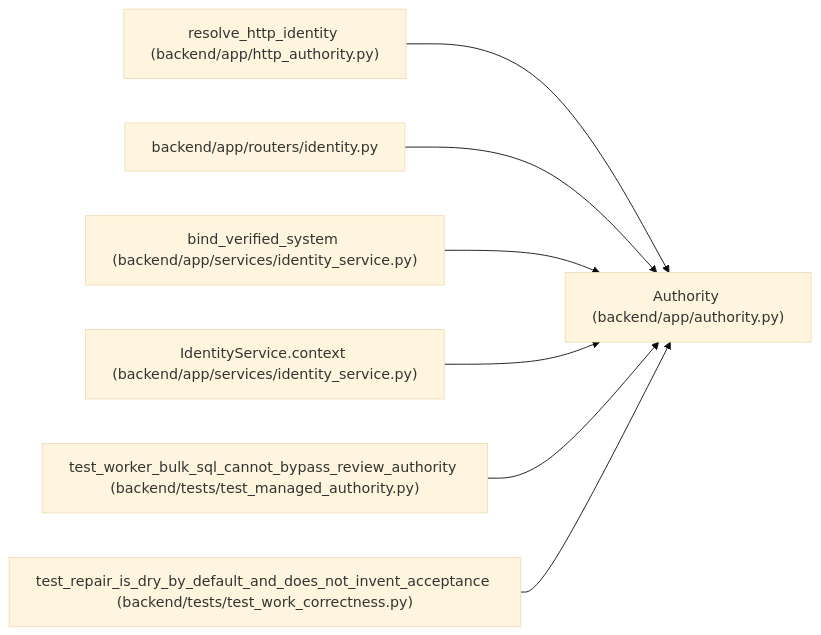
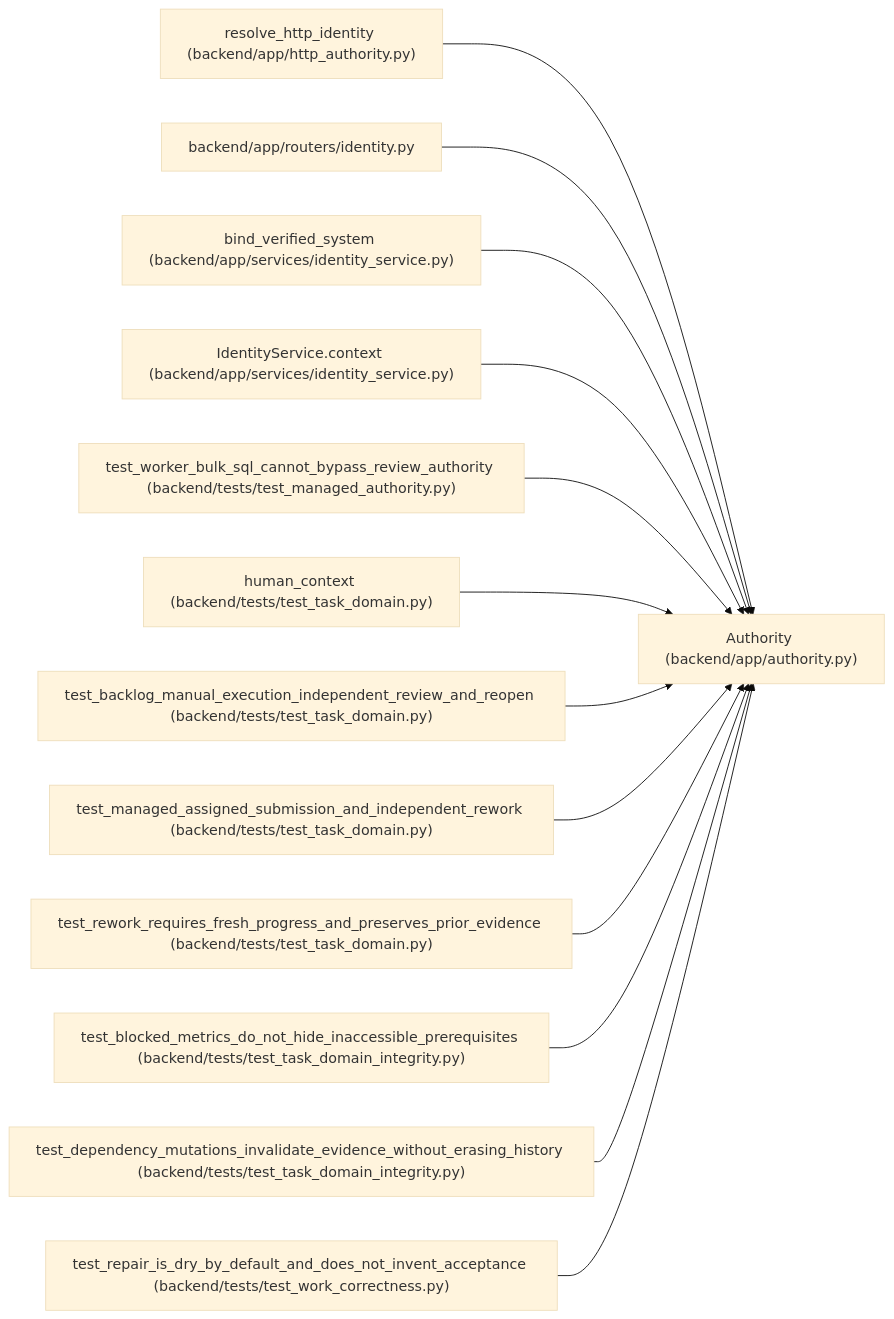
Before and after one commit to Denissvgn/WorkChord: the diagram in docs/llm_wiki/entities/Authority.md, drawn with Mermaid (base theme). The commit also changed other lines of this file and 1238 other files, not shown here.

First line of the commit message:
docs(wiki): publish compact canonical domain architecture

````diff
--- a/docs/llm_wiki/entities/Authority.md
+++ b/docs/llm_wiki/entities/Authority.md
@@ -45,23 +45,41 @@
 ```mermaid
 flowchart LR
     n0["Authority (backend/app/authority.py)"]
     n1["resolve_http_identity (backend/app/http_authority.py)"]
     n2["backend/app/routers/identity.py"]
     n3["bind_verified_system (backend/app/services/identity_service.py)"]
     n4["IdentityService.context (backend/app/services/identity_service.py)"]
     n5["test_worker_bulk_sql_cannot_bypass_review_authority (backend/tests/test_managed_authority.py)"]
-    n6["test_repair_is_dry_by_default_and_does_not_invent_acceptance (backend/tests/test_work_correctness.py)"]
+    n6["human_context (backend/tests/test_task_domain.py)"]
+    n7["test_backlog_manual_execution_independent_review_and_reopen (backend/tests/test_task_domain.py)"]
+    n8["test_managed_assigned_submission_and_independent_rework (backend/tests/test_task_domain.py)"]
+    n9["test_rework_requires_fresh_progress_and_preserves_prior_evidence (backend/tests/test_task_domain.py)"]
+    n10["test_blocked_metrics_do_not_hide_inaccessible_prerequisites (backend/tests/test_task_domain_integrity.py)"]
+    n11["test_dependency_mutations_invalidate_evidence_without_erasing_history (backend/tests/test_task_domain_integrity.py)"]
+    n12["test_repair_is_dry_by_default_and_does_not_invent_acceptance (backend/tests/test_work_correctness.py)"]
     n1 --> n0
     n2 --> n0
     n3 --> n0
     n4 --> n0
     n5 --> n0
     n6 --> n0
+    n7 --> n0
+    n8 --> n0
+    n9 --> n0
+    n10 --> n0
+    n11 --> n0
+    n12 --> n0
     click n0 "../modules/authority.md"
     click n1 "../modules/http_authority.md"
     click n2 "../modules/routers_identity.md"
     click n3 "../modules/identity_service.md"
     click n4 "../modules/identity_service.md"
     click n5 "../modules/test_managed_authority.md"
-    click n6 "../modules/test_work_correctness.md"
+    click n6 "../modules/test_task_domain.md"
+    click n7 "../modules/test_task_domain.md"
+    click n8 "../modules/test_task_domain.md"
+    click n9 "../modules/test_task_domain.md"
+    click n10 "../modules/test_task_domain_integrity.md"
+    click n11 "../modules/test_task_domain_integrity.md"
+    click n12 "../modules/test_work_correctness.md"
 ```
````
